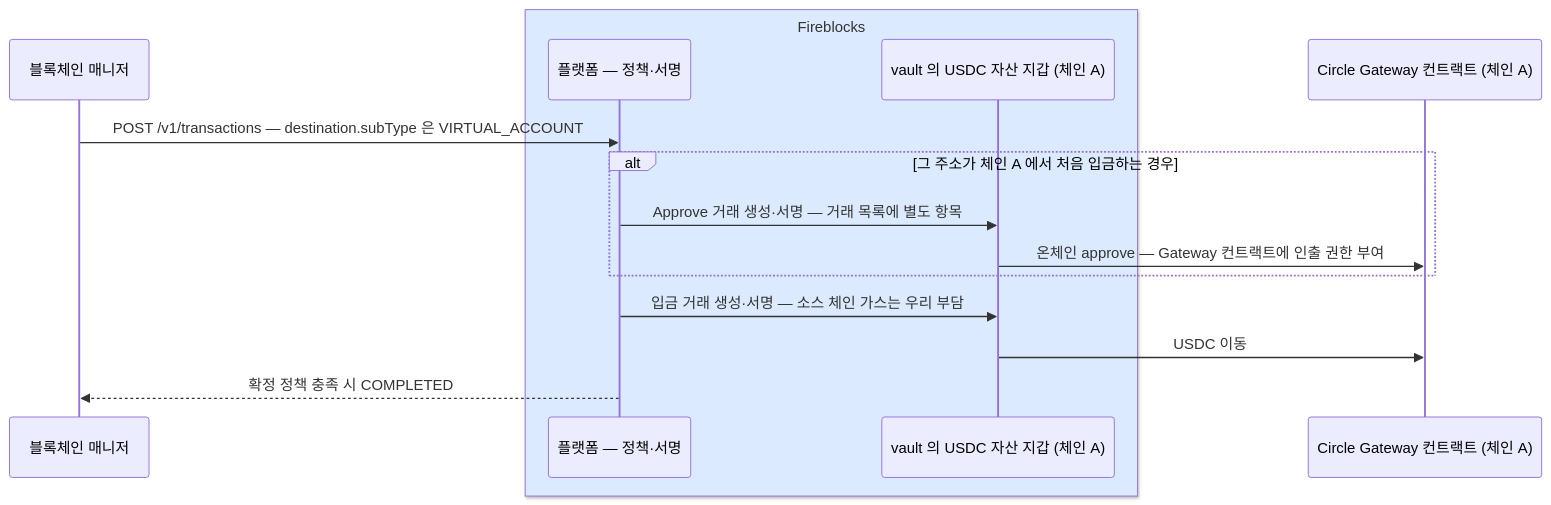
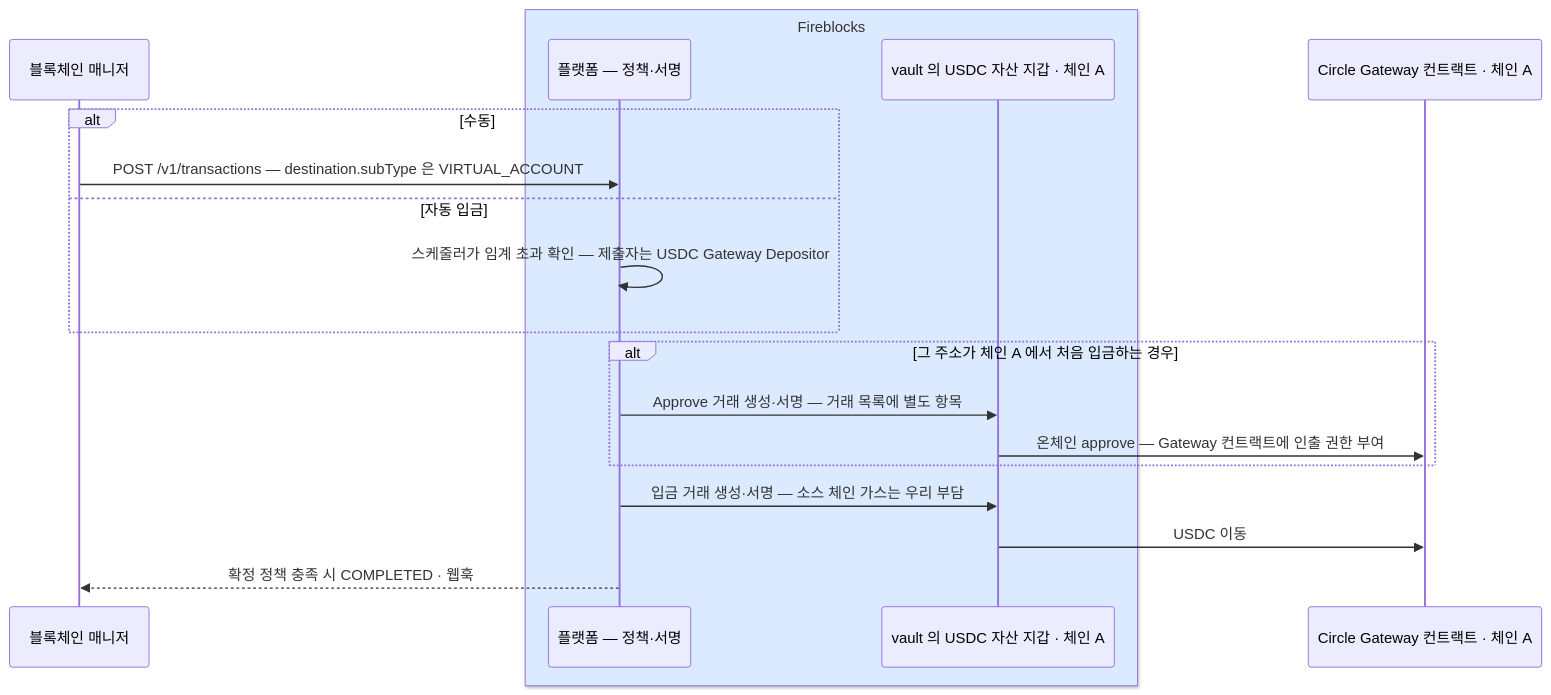
One commit to eunsujeo/eunpus changed the second of 3 diagrams in blockchain-manager/docs/블록체인매니저/브릿지/03-usdc-gateway.md. Above: the diagram before and after it, drawn with Mermaid. The commit also changed other lines of this file and 6 other files, not shown here.

````diff
--- a/blockchain-manager/docs/블록체인매니저/브릿지/03-usdc-gateway.md
+++ b/blockchain-manager/docs/블록체인매니저/브릿지/03-usdc-gateway.md
@@ -51,18 +51,22 @@
 ```mermaid
 sequenceDiagram
   participant M as 블록체인 매니저
   box rgb(219,234,254) Fireblocks
   participant F as 플랫폼 — 정책·서명
-  participant V as vault 의 USDC 자산 지갑 (체인 A)
+  participant V as vault 의 USDC 자산 지갑 · 체인 A
   end
-  participant G as Circle Gateway 컨트랙트 (체인 A)
+  participant G as Circle Gateway 컨트랙트 · 체인 A
 
-  M->>F: POST /v1/transactions — destination.subType 은 VIRTUAL_ACCOUNT
+  alt 수동
+    M->>F: POST /v1/transactions — destination.subType 은 VIRTUAL_ACCOUNT
+  else 자동 입금
+    F->>F: 스케줄러가 임계 초과 확인 — 제출자는 USDC Gateway Depositor
+  end
   alt 그 주소가 체인 A 에서 처음 입금하는 경우
     F->>V: Approve 거래 생성·서명 — 거래 목록에 별도 항목
     V->>G: 온체인 approve — Gateway 컨트랙트에 인출 권한 부여
   end
   F->>V: 입금 거래 생성·서명 — 소스 체인 가스는 우리 부담
   V->>G: USDC 이동
-  F-->>M: 확정 정책 충족 시 COMPLETED
+  F-->>M: 확정 정책 충족 시 COMPLETED · 웹훅
 ```
````
